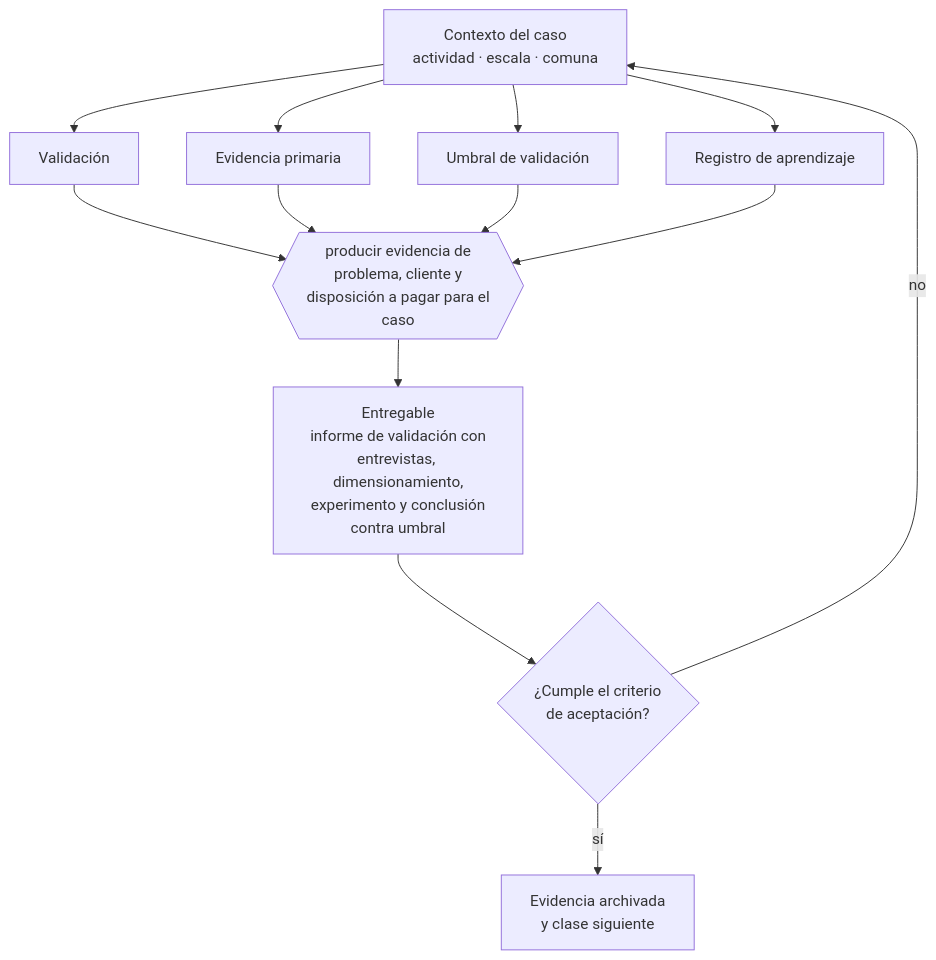
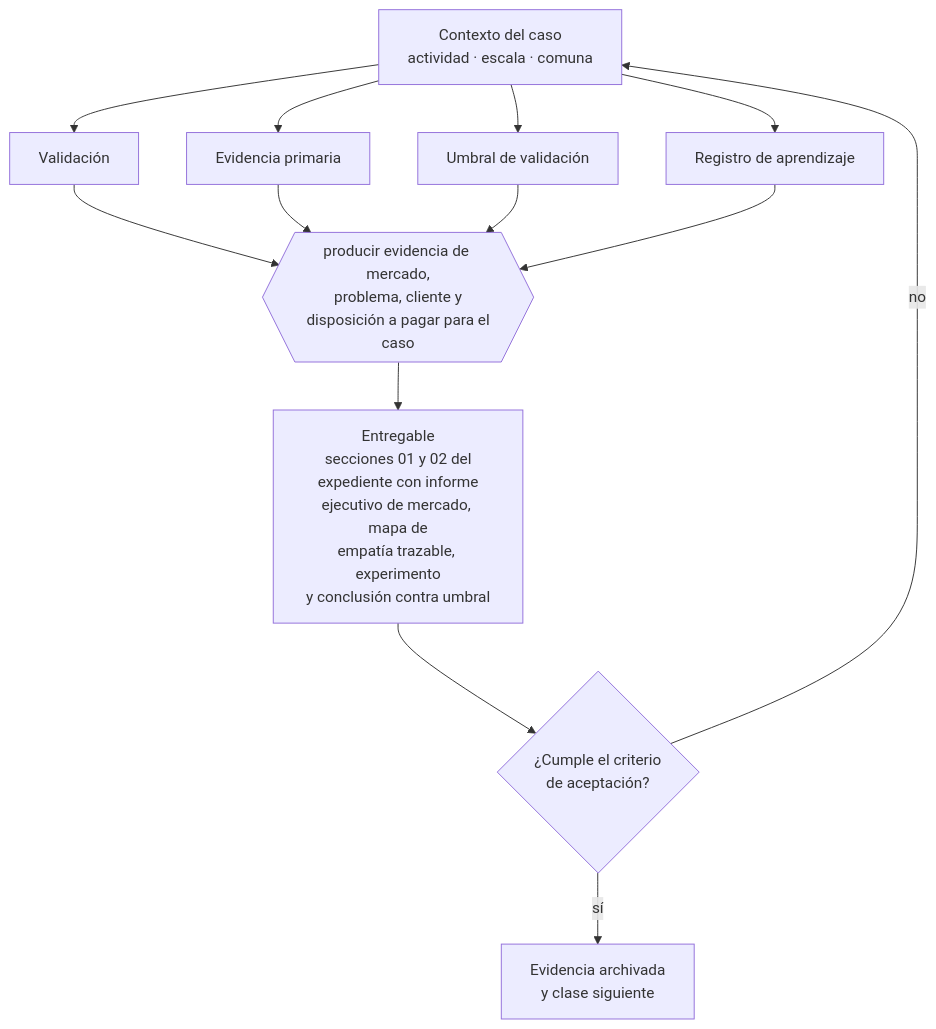
One commit to vladimiracunadev-create/modern-business-creation-program changed the diagram in curriculum/part-24-capstone-construir-una-empresa-de-comienzo-a-fin/class-02-validar-problema-cliente-y-disposicion-a-pagar/README.md. Above: the diagram before and after it, drawn with Mermaid. The commit also changed other lines of this file and 48 other files, not shown here.

````diff
--- a/curriculum/part-24-capstone-construir-una-empresa-de-comienzo-a-fin/class-02-validar-problema-cliente-y-disposicion-a-pagar/README.md
+++ b/curriculum/part-24-capstone-construir-una-empresa-de-comienzo-a-fin/class-02-validar-problema-cliente-y-disposicion-a-pagar/README.md
@@ -34,13 +34,13 @@
 ```mermaid
 flowchart TB
     C["Contexto del caso<br/>actividad · escala · comuna"]
     C --> A1["Validación"]
     C --> A2["Evidencia primaria"]
     C --> A3["Umbral de validación"]
     C --> A4["Registro de aprendizaje"]
-    A1 & A2 & A3 & A4 --> D{{"producir evidencia de<br/>problema, cliente y<br/>disposición a pagar para el<br/>caso"}}
-    D --> E["Entregable<br/>informe de validación con<br/>entrevistas, dimensionamiento,<br/>experimento y conclusión<br/>contra umbral"]
+    A1 & A2 & A3 & A4 --> D{{"producir evidencia de mercado,<br/>problema, cliente y<br/>disposición a pagar para el<br/>caso"}}
+    D --> E["Entregable<br/>secciones 01 y 02 del<br/>expediente con informe<br/>ejecutivo de mercado, mapa de<br/>empatía trazable, experimento<br/>y conclusión contra umbral"]
     E --> V{"¿Cumple el criterio<br/>de aceptación?"}
     V -->|sí| S["Evidencia archivada<br/>y clase siguiente"]
     V -->|no| C
 ```
````
